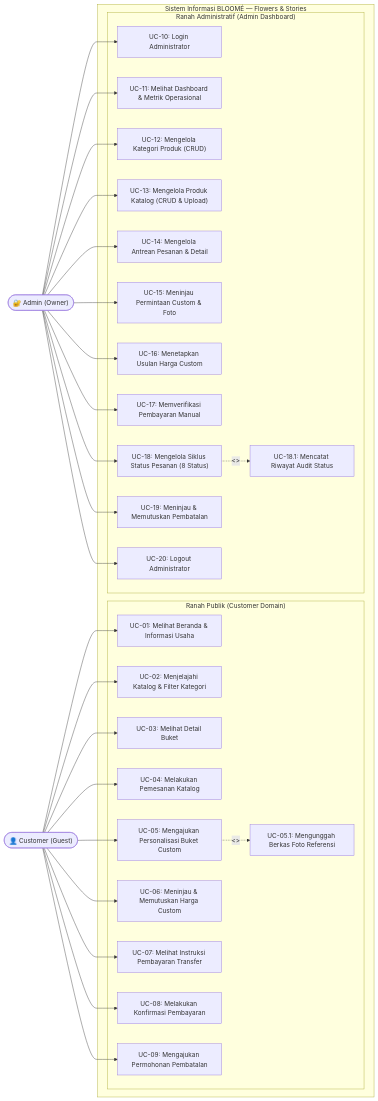
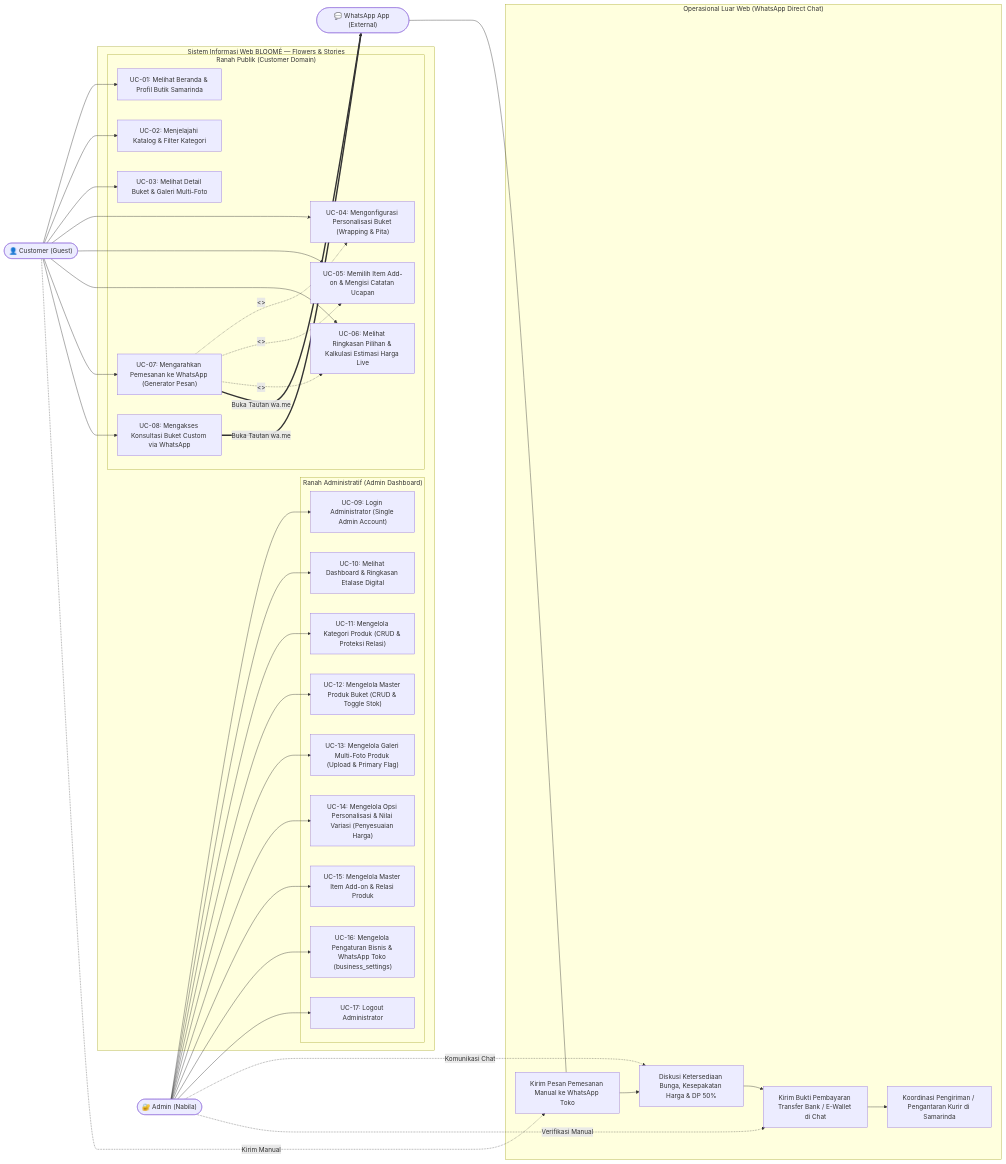
The second of 2 diagrams in docs/03-analysis-and-design/ANA-001-use-case-diagram.md (Elfend11/buketbunga), drawn with Mermaid before and after one commit. The commit also changed other lines of this file and 89 other files, not shown here.

````diff
--- a/docs/03-analysis-and-design/ANA-001-use-case-diagram.md
+++ b/docs/03-analysis-and-design/ANA-001-use-case-diagram.md
@@ -41,69 +46,80 @@
 ```mermaid
 flowchart LR
     %% Actors
     Cust(["👤 Customer (Guest)"])
-    Adm(["🔐 Admin (Owner)"])
+    Adm(["🔐 Admin (Nabila)"])
+    WAApp(["💬 WhatsApp App (External)"])
 
     %% System Boundary
-    subgraph SystemBoundary ["Sistem Informasi BLOOMÉ — Flowers & Stories"]
-        %% Customer Use Cases
+    subgraph SystemBoundary ["Sistem Informasi Web BLOOMÉ — Flowers & Stories"]
+        %% Customer Domain
         subgraph PublicFlow ["Ranah Publik (Customer Domain)"]
-            UC01["UC-01: Melihat Beranda & Informasi Usaha"]
+            UC01["UC-01: Melihat Beranda & Profil Butik Samarinda"]
             UC02["UC-02: Menjelajahi Katalog & Filter Kategori"]
-            UC03["UC-03: Melihat Detail Buket"]
-            UC04["UC-04: Melakukan Pemesanan Katalog"]
-            UC05["UC-05: Mengajukan Personalisasi Buket Custom"]
-            UC05_Sub["UC-05.1: Mengunggah Berkas Foto Referensi"]
-            UC06["UC-06: Meninjau & Memutuskan Harga Custom"]
-            UC07["UC-07: Melihat Instruksi Pembayaran Transfer"]
-            UC08["UC-08: Melakukan Konfirmasi Pembayaran"]
-            UC09["UC-09: Mengajukan Permohonan Pembatalan"]
+            UC03["UC-03: Melihat Detail Buket & Galeri Multi-Foto"]
+            UC04["UC-04: Mengonfigurasi Personalisasi Buket (Wrapping & Pita)"]
+            UC05["UC-05: Memilih Item Add-on & Mengisi Catatan Ucapan"]
+            UC06["UC-06: Melihat Ringkasan Pilihan & Kalkulasi Estimasi Harga Live"]
+            UC07["UC-07: Mengarahkan Pemesanan ke WhatsApp (Generator Pesan)"]
+            UC08["UC-08: Mengakses Konsultasi Buket Custom via WhatsApp"]
         end
 
-        %% Admin Use Cases
+        %% Admin Domain
         subgraph AdminFlow ["Ranah Administratif (Admin Dashboard)"]
-            UC10["UC-10: Login Administrator"]
-            UC11["UC-11: Melihat Dashboard & Metrik Operasional"]
-            UC12["UC-12: Mengelola Kategori Produk (CRUD)"]
-            UC13["UC-13: Mengelola Produk Katalog (CRUD & Upload)"]
-            UC14["UC-14: Mengelola Antrean Pesanan & Detail"]
-            UC15["UC-15: Meninjau Permintaan Custom & Foto"]
-            UC16["UC-16: Menetapkan Usulan Harga Custom"]
-            UC17["UC-17: Memverifikasi Pembayaran Manual"]
-            UC18["UC-18: Mengelola Siklus Status Pesanan (8 Status)"]
-            UC18_Sub["UC-18.1: Mencatat Riwayat Audit Status"]
-            UC19["UC-19: Meninjau & Memutuskan Pembatalan"]
-            UC20["UC-20: Logout Administrator"]
+            UC09["UC-09: Login Administrator (Single Admin Account)"]
+            UC10["UC-10: Melihat Dashboard & Ringkasan Etalase Digital"]
+            UC11["UC-11: Mengelola Kategori Produk (CRUD & Proteksi Relasi)"]
+            UC12["UC-12: Mengelola Master Produk Buket (CRUD & Toggle Stok)"]
+            UC13["UC-13: Mengelola Galeri Multi-Foto Produk (Upload & Primary Flag)"]
+            UC14["UC-14: Mengelola Opsi Personalisasi & Nilai Variasi (Penyesuaian Harga)"]
+            UC15["UC-15: Mengelola Master Item Add-on & Relasi Produk"]
+            UC16["UC-16: Mengelola Pengaturan Bisnis & WhatsApp Toko (business_settings)"]
+            UC17["UC-17: Logout Administrator"]
         end
+    end
+
+    %% External Operational Process (Outside Web)
+    subgraph ExternalOps ["Operasional Luar Web (WhatsApp Direct Chat)"]
+        OP01["Kirim Pesan Pemesanan Manual ke WhatsApp Toko"]
+        OP02["Diskusi Ketersediaan Bunga, Kesepakatan Harga & DP 50%"]
+        OP03["Kirim Bukti Pembayaran Transfer Bank / E-Wallet di Chat"]
+        OP04["Koordinasi Pengiriman / Pengantaran Kurir di Samarinda"]
     end
 
     %% Customer Associations
     Cust --> UC01
     Cust --> UC02
     Cust --> UC03
     Cust --> UC04
     Cust --> UC05
     Cust --> UC06
     Cust --> UC07
     Cust --> UC08
-    Cust --> UC09
 
-    %% Includes inside Public
-    UC05 -.->|<<include>>| UC05_Sub
+    %% Includes inside Customer Domain
+    UC07 -.->|<<include>>| UC04
+    UC07 -.->|<<include>>| UC05
+    UC07 -.->|<<include>>| UC06
 
     %% Admin Associations
+    Adm --> UC09
     Adm --> UC10
     Adm --> UC11
     Adm --> UC12
     Adm --> UC13
     Adm --> UC14
     Adm --> UC15
     Adm --> UC16
     Adm --> UC17
-    Adm --> UC18
-    Adm --> UC19
-    Adm --> UC20
 
-    %% Includes inside Admin
-    UC18 -.->|<<include>>| UC18_Sub
+    %% Hand-off to External Channel
+    UC07 ==>|Buka Tautan wa.me| WAApp
+    UC08 ==>|Buka Tautan wa.me| WAApp
+    Cust -.->|Kirim Manual| OP01
+    WAApp --- OP01
+    OP01 --> OP02
+    OP02 --> OP03
+    OP03 --> OP04
+    Adm -.->|Komunikasi Chat| OP02
+    Adm -.->|Verifikasi Manual| OP03
 ```
````
